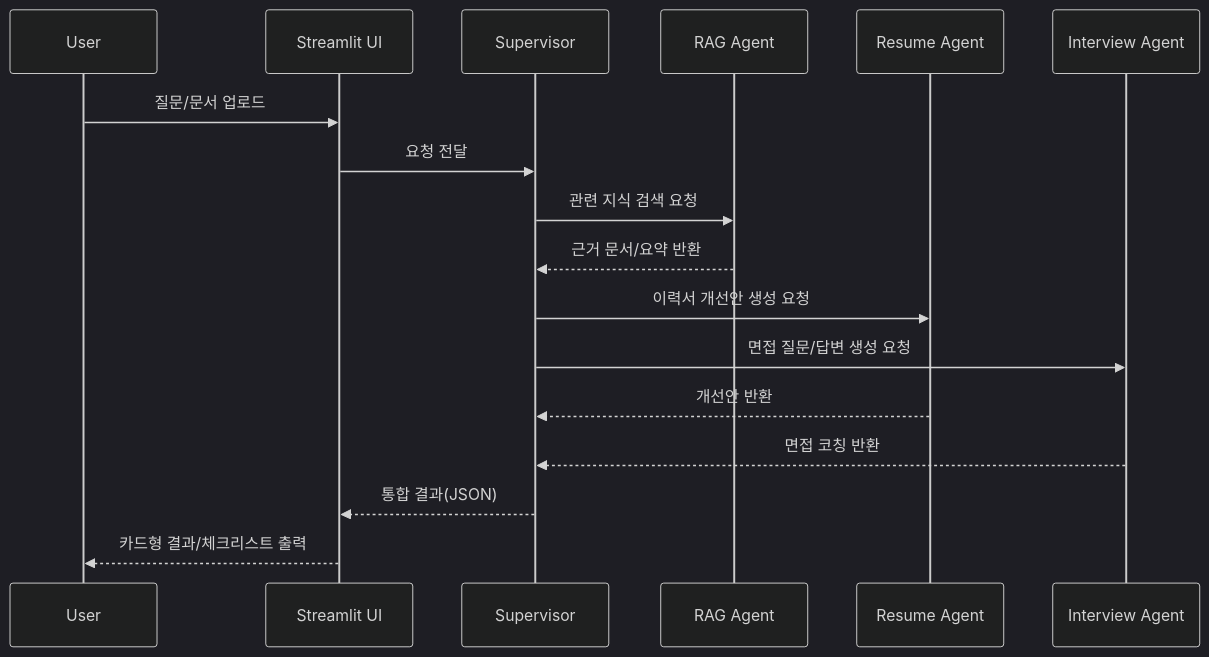
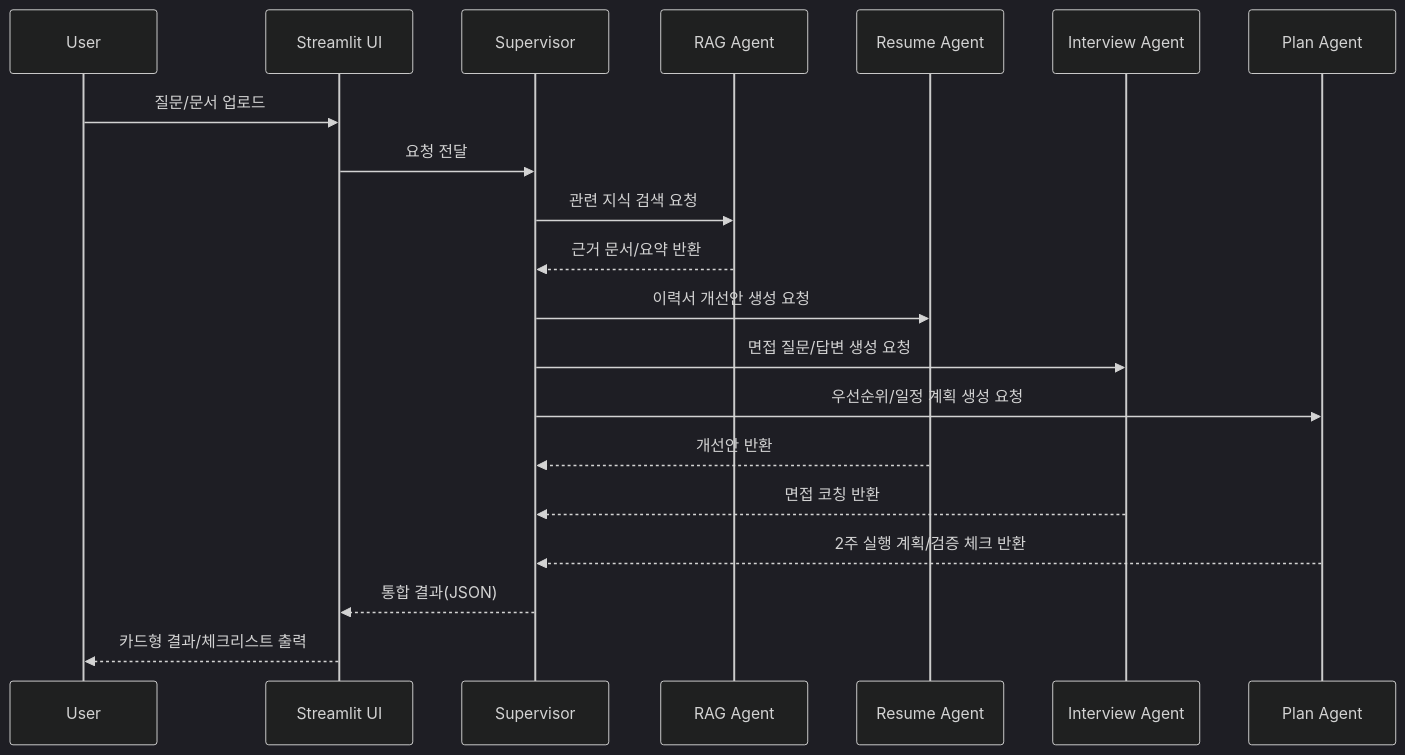
One commit to skax-hisover/AI-BootCamp changed the second of 2 diagrams in docs/step2_planning_design.md. Above: the diagram before and after it, drawn with Mermaid (dark theme). The commit also changed other lines of this file and 22 other files, not shown here.

````diff
--- a/docs/step2_planning_design.md
+++ b/docs/step2_planning_design.md
@@ -169,20 +181,23 @@
 ```mermaid
 sequenceDiagram
     participant User
     participant UI as Streamlit UI
     participant Sup as Supervisor
     participant Rag as RAG Agent
     participant Res as Resume Agent
     participant Int as Interview Agent
+    participant Plan as Plan Agent
 
     User->>UI: 질문/문서 업로드
     UI->>Sup: 요청 전달
     Sup->>Rag: 관련 지식 검색 요청
     Rag-->>Sup: 근거 문서/요약 반환
     Sup->>Res: 이력서 개선안 생성 요청
     Sup->>Int: 면접 질문/답변 생성 요청
+    Sup->>Plan: 우선순위/일정 계획 생성 요청
     Res-->>Sup: 개선안 반환
     Int-->>Sup: 면접 코칭 반환
+    Plan-->>Sup: 2주 실행 계획/검증 체크 반환
     Sup-->>UI: 통합 결과(JSON)
     UI-->>User: 카드형 결과/체크리스트 출력
 ```
````
